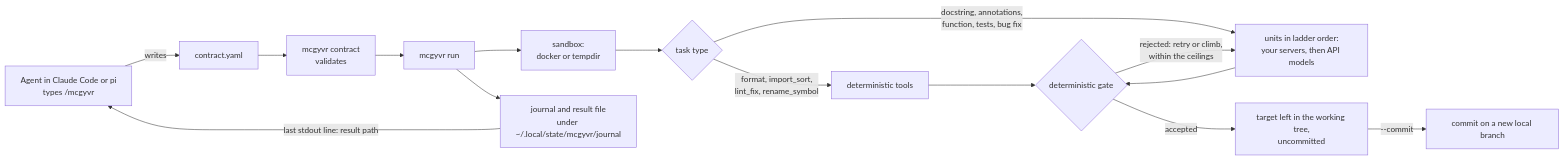
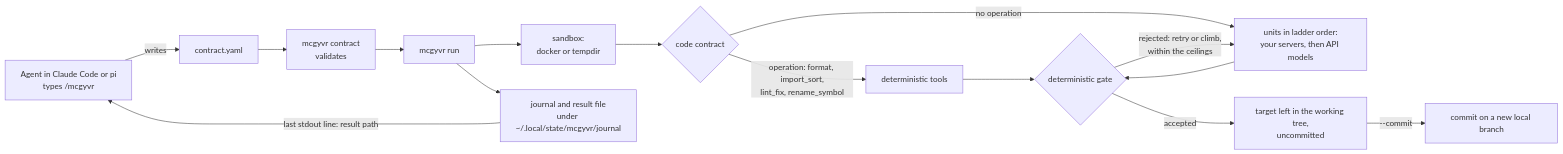
One commit to AdarGit008/mcgyvr changed the diagram in README.md. Above: the diagram before and after it, drawn with Mermaid. The commit also changed other lines of this file and 16 other files, not shown here.

````diff
--- a/README.md
+++ b/README.md
@@ -201,17 +205,17 @@
 ```mermaid
 flowchart LR
   A["Agent in Claude Code or pi<br/>types /mcgyvr"] -->|writes| C["contract.yaml"]
   C --> V["mcgyvr contract<br/>validates"]
   V --> R["mcgyvr run"]
   R --> S["sandbox:<br/>docker or tempdir"]
-  S --> K{"task type"}
-  K -->|format, import_sort,<br/>lint_fix, rename_symbol| T["deterministic tools"]
-  K -->|docstring, annotations,<br/>function, tests, bug fix| M["units in ladder order:<br/>your servers, then API models"]
+  S --> K{"code contract"}
+  K -->|operation: format, import_sort,<br/>lint_fix, rename_symbol| T["deterministic tools"]
+  K -->|no operation| M["units in ladder order:<br/>your servers, then API models"]
   T --> G{"deterministic gate"}
   M --> G
   G -->|rejected: retry or climb,<br/>within the ceilings| M
   G -->|accepted| W["target left in the working tree,<br/>uncommitted"]
   W -->|--commit| B["commit on a new local branch"]
   R --> J["journal and result file<br/>under ~/.local/state/mcgyvr/journal"]
   J -->|last stdout line: result path| A
 ```
````
